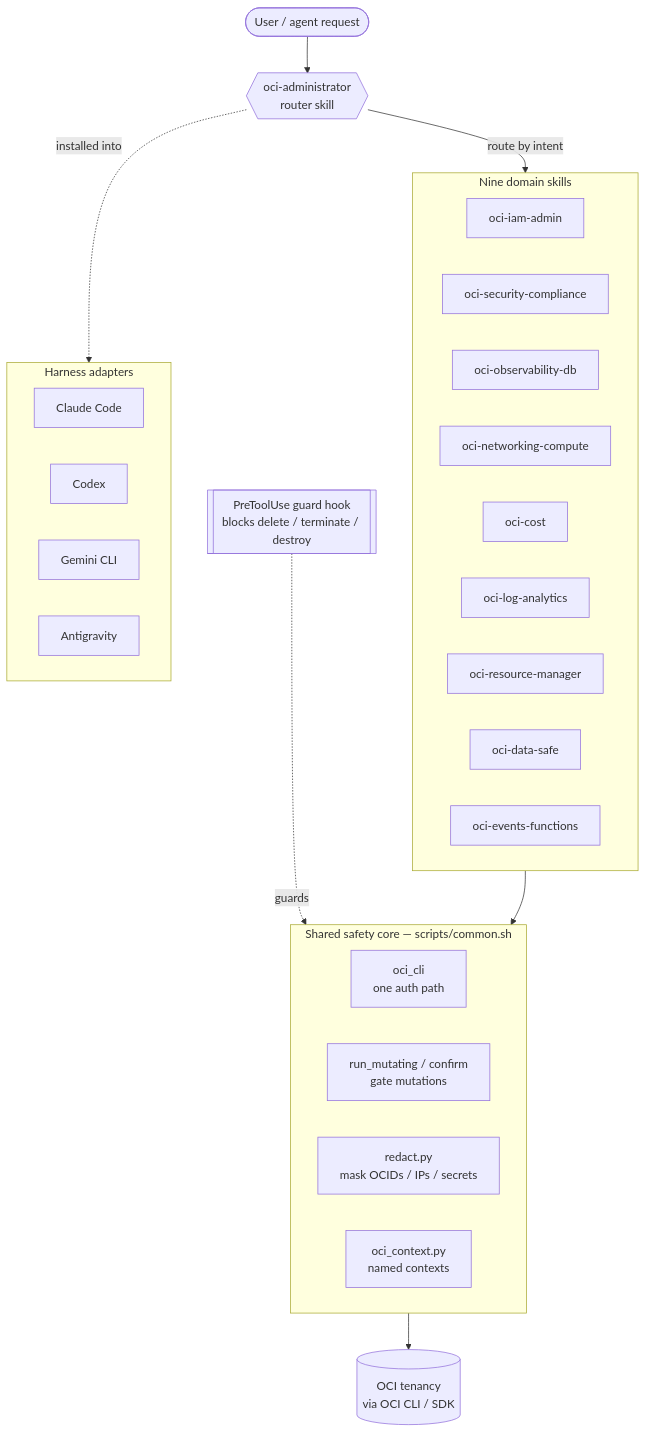
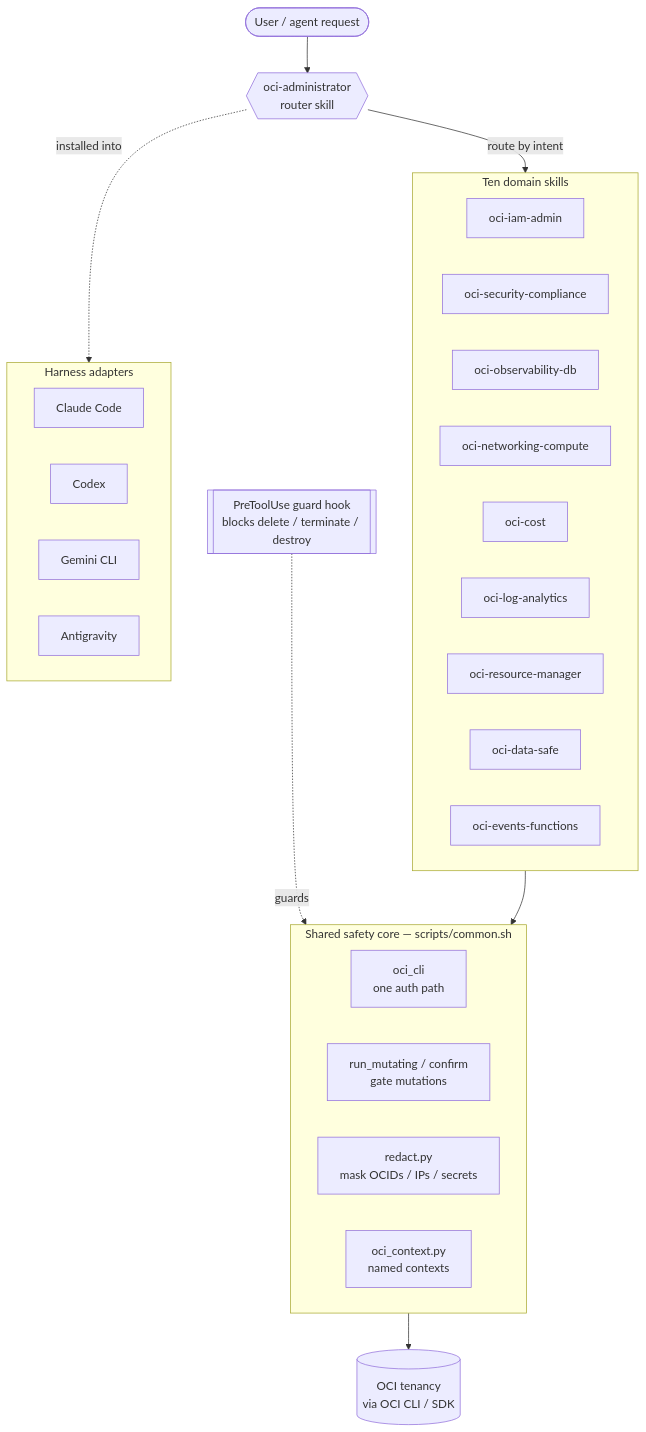
The diagram in README.md (adibirzu/oci-skills), drawn with Mermaid before and after one commit. The commit also changed other lines of this file and 6 other files, not shown here.

````diff
--- a/README.md
+++ b/README.md
@@ -57,39 +58,39 @@
 ```mermaid
 flowchart TD
     U([User / agent request]) --> R{{"oci-administrator<br/>router skill"}}
     R -->|route by intent| D
 
-    subgraph D[Nine domain skills]
+    subgraph D[Ten domain skills]
       direction LR
       IAM[oci-iam-admin]
       SEC[oci-security-compliance]
       OBS[oci-observability-db]
       NET[oci-networking-compute]
       COST[oci-cost]
       LOG[oci-log-analytics]
       ORM[oci-resource-manager]
       DS[oci-data-safe]
       EF[oci-events-functions]
     end
 
     D --> CORE
     subgraph CORE["Shared safety core — scripts/common.sh"]
       direction LR
       CLI["oci_cli<br/>one auth path"]
       MUT["run_mutating / confirm<br/>gate mutations"]
       RED["redact.py<br/>mask OCIDs / IPs / secrets"]
       CTX["oci_context.py<br/>named contexts"]
     end
 
     HOOK[["PreToolUse guard hook<br/>blocks delete / terminate / destroy"]] -. guards .-> CLI
     CORE --> OCI[("OCI tenancy<br/>via OCI CLI / SDK")]
 
     R -. installed into .-> H
     subgraph H[Harness adapters]
       direction LR
       C[Claude Code]
       CX[Codex]
       G[Gemini CLI]
       AG[Antigravity]
     end
 ```
````
